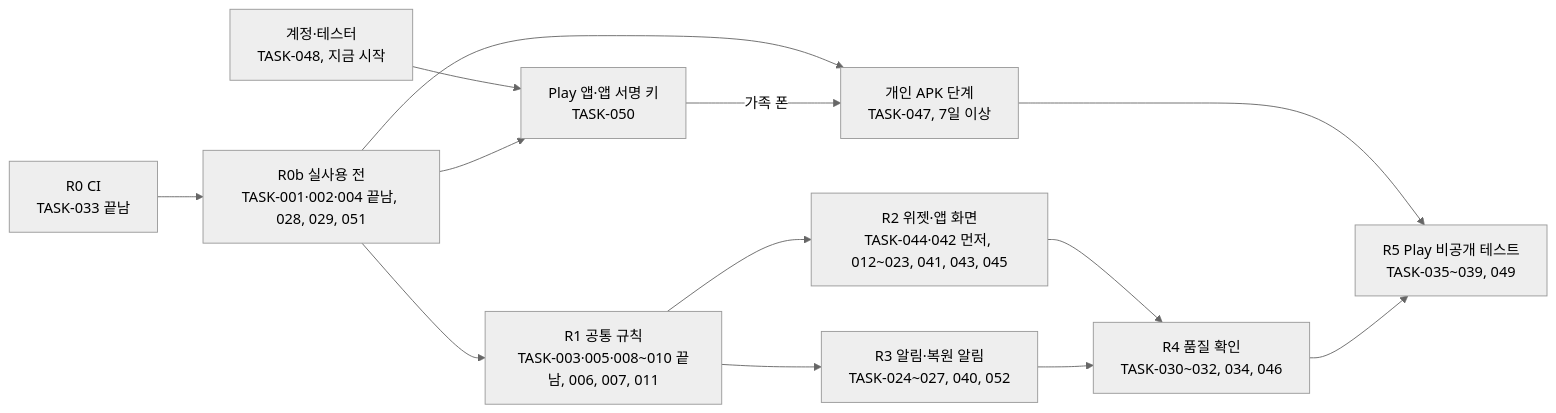
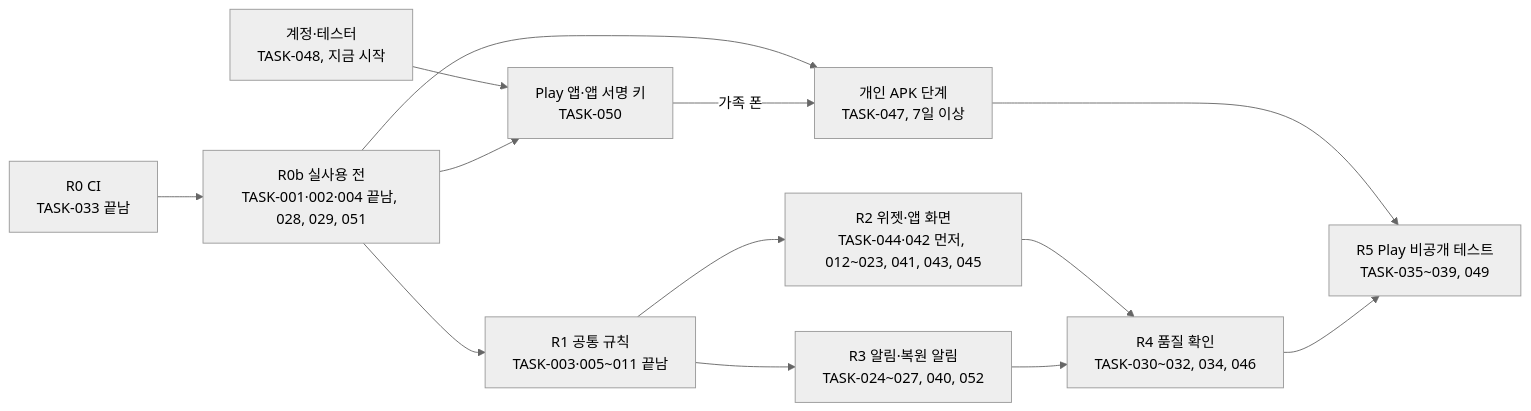
One commit to judangbang-ops/pillbadeum_release changed the diagram in docs/08-wbs/wbs.md. Above: the diagram before and after it, drawn with Mermaid (neutral theme). The commit also changed other lines of this file and 2 other files, not shown here.

First line of the commit message:
docs: TASK-011 끝남(PR #13)·R1 끝남, 보충 N 구현 줄과 P-8 잘린 칸 설명·한계, 요구 '지금 코드' 칸

````diff
--- a/docs/08-wbs/wbs.md
+++ b/docs/08-wbs/wbs.md
@@ -146,15 +148,15 @@
 ```mermaid
 flowchart LR
     R0["R0 CI<br/>TASK-033 끝남"] --> R0b["R0b 실사용 전<br/>TASK-001·002·004 끝남, 028, 029, 051"]
     R0b --> P["개인 APK 단계<br/>TASK-047, 7일 이상"]
-    R0b --> R1["R1 공통 규칙<br/>TASK-003·005·008~010 끝남, 006, 007, 011"]
+    R0b --> R1["R1 공통 규칙<br/>TASK-003·005~011 끝남"]
     A["계정·테스터<br/>TASK-048, 지금 시작"] --> K["Play 앱·앱 서명 키<br/>TASK-050"]
     R0b --> K
     K -->|가족 폰| P
     R1 --> R2["R2 위젯·앱 화면<br/>TASK-044·042 먼저, 012~023, 041, 043, 045"]
     R1 --> R3["R3 알림·복원 알림<br/>TASK-024~027, 040, 052"]
     R2 --> R4["R4 품질 확인<br/>TASK-030~032, 034, 046"]
     R3 --> R4
     P --> R5
     R4 --> R5["R5 Play 비공개 테스트<br/>TASK-035~039, 049"]
 ```
````
